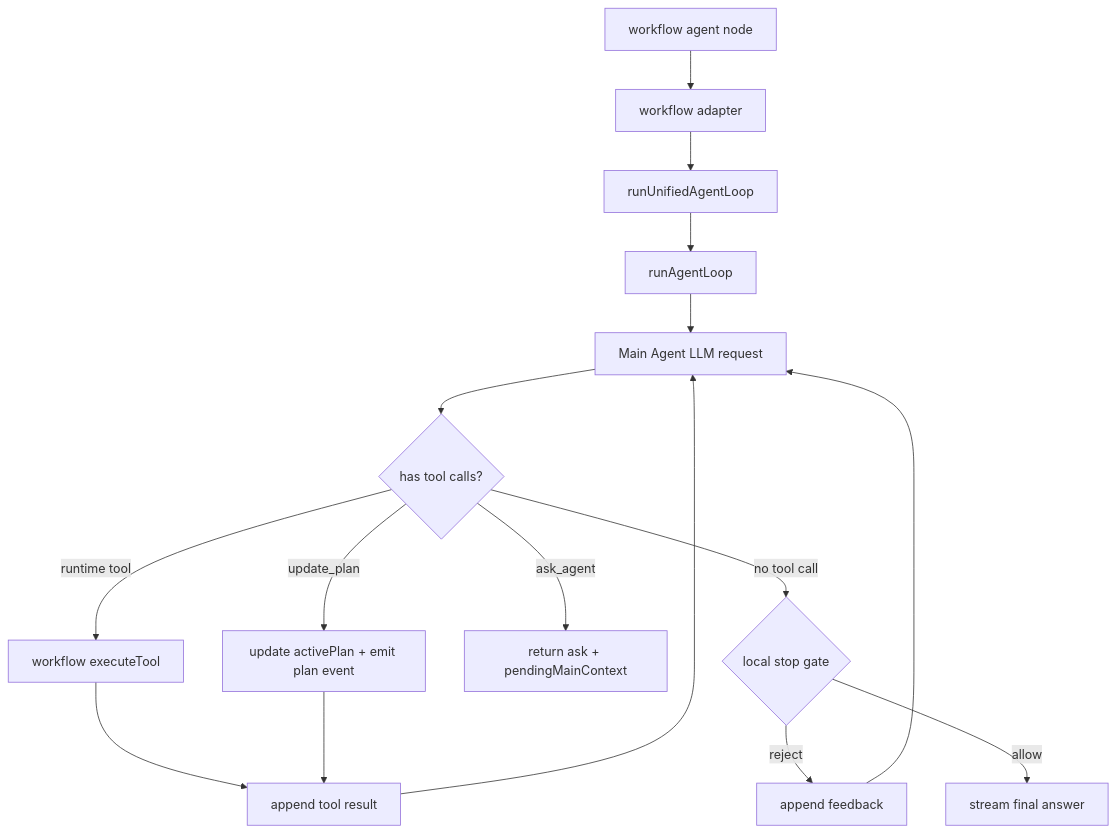
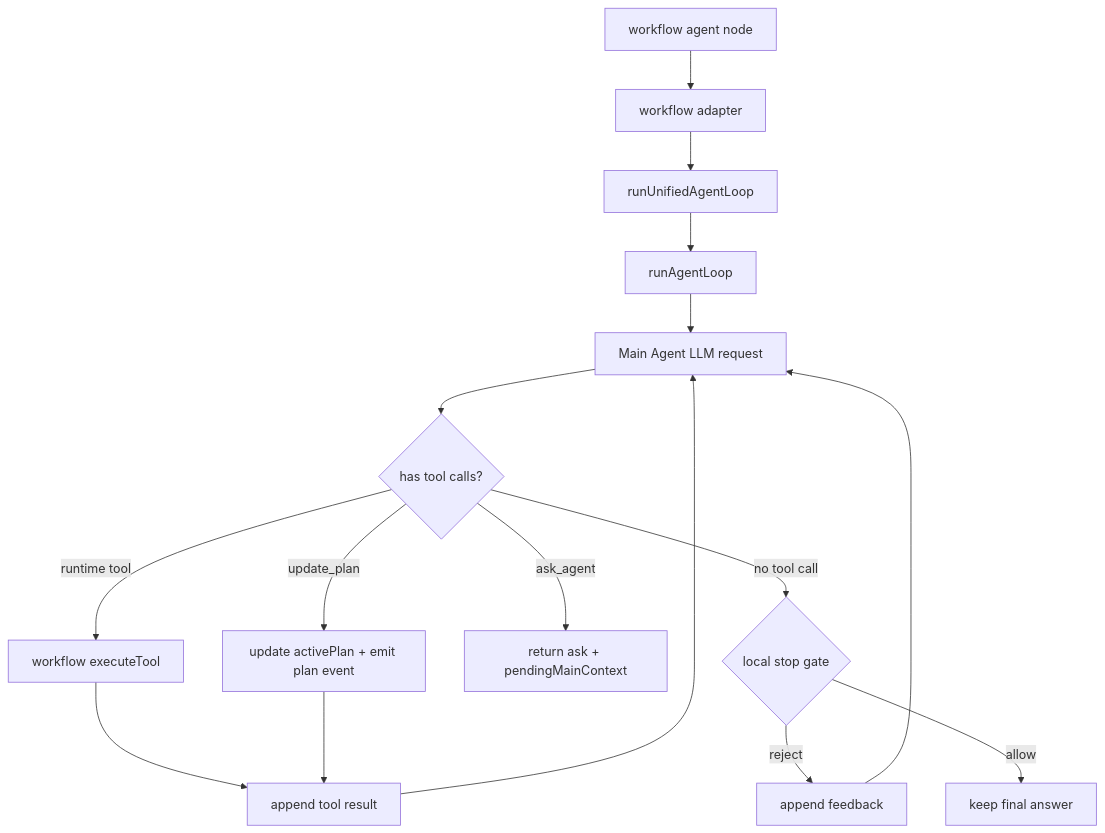
One commit to labring/FastGPT changed the diagram in .codex/design/agent-loop-redesign/technical-design.md. Above: the diagram before and after it, drawn with Mermaid. The commit also changed other lines of this file and 22 other files, not shown here.

````diff
--- a/.codex/design/agent-loop-redesign/technical-design.md
+++ b/.codex/design/agent-loop-redesign/technical-design.md
@@ -10,18 +10,18 @@
 ```mermaid
 flowchart TD
   A["workflow agent node"] --> B["workflow adapter"]
   B --> C["runUnifiedAgentLoop"]
   C --> D["runAgentLoop"]
   D --> E["Main Agent LLM request"]
   E --> F{"has tool calls?"}
   F -- "runtime tool" --> G["workflow executeTool"]
   F -- "update_plan" --> H["update activePlan + emit plan event"]
   F -- "ask_agent" --> I["return ask + pendingMainContext"]
   G --> J["append tool result"]
   H --> J
   J --> E
   F -- "no tool call" --> K{"local stop gate"}
   K -- "reject" --> L["append feedback"]
   L --> E
-  K -- "allow" --> M["stream final answer"]
+  K -- "allow" --> M["keep final answer"]
 ```
````
